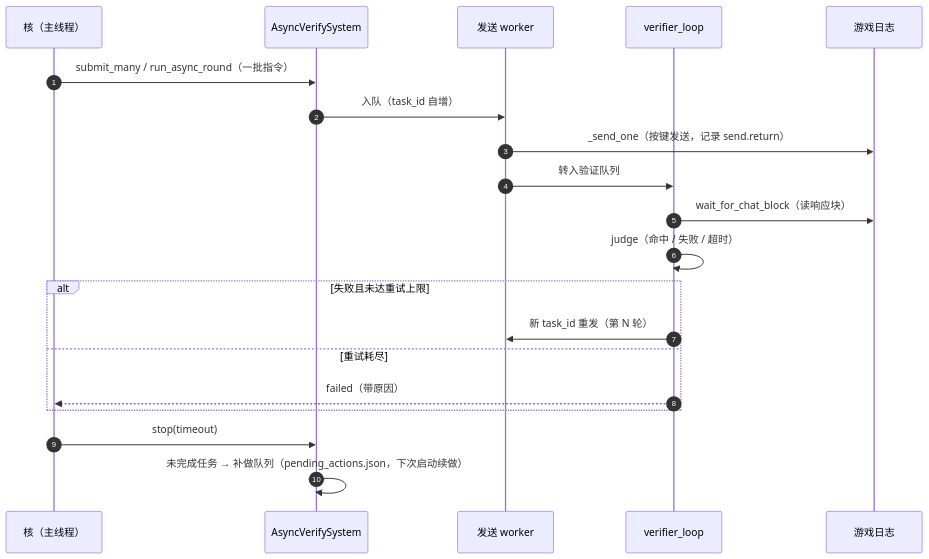
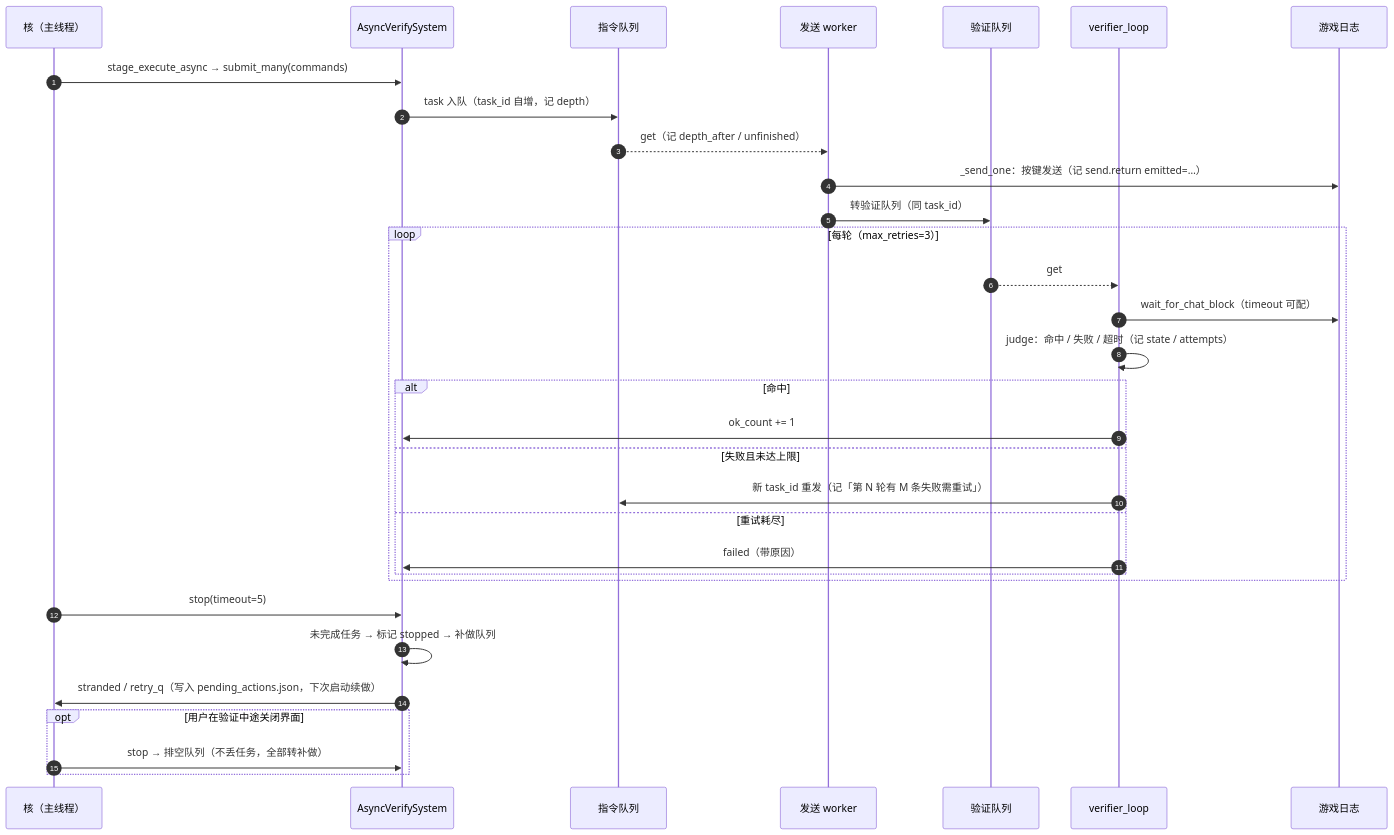
One commit to Minecraft269/bujidao-guild-auto changed the fourth of 11 diagrams in docs/流程与架构图.md. Above: the diagram before and after it, drawn with Mermaid. The commit also changed other lines of this file, not shown here.

First line of the commit message:
docs: 时序图细化到可执行粒度（4 张图 + 阶段对照表） (#21)

````diff
--- a/docs/流程与架构图.md
+++ b/docs/流程与架构图.md
@@ -218,25 +266,38 @@
 ```mermaid
 sequenceDiagram
     autonumber
     participant CORE as 核（主线程）
     participant AS as AsyncVerifySystem
-    participant SEND as 发送 worker
+    participant Q as 指令队列
+    participant W as 发送 worker
+    participant VQ as 验证队列
     participant VER as verifier_loop
     participant LOGF as 游戏日志
 
-    CORE->>AS: submit_many / run_async_round（一批指令）
-    AS->>SEND: 入队（task_id 自增）
-    SEND->>LOGF: _send_one（按键发送，记录 send.return）
-    SEND->>VER: 转入验证队列
-    VER->>LOGF: wait_for_chat_block（读响应块）
-    VER->>VER: judge（命中 / 失败 / 超时）
+    CORE->>AS: stage_execute_async → submit_many(commands)
+    AS->>Q: task 入队（task_id 自增，记 depth）
+    Q-->>W: get（记 depth_after / unfinished）
+    W->>LOGF: _send_one：按键发送（记 send.return emitted=…）
+    W->>VQ: 转验证队列（同 task_id）
 
-    alt 失败且未达重试上限
-        VER->>SEND: 新 task_id 重发（第 N 轮）
-    else 重试耗尽
-        VER-->>CORE: failed（带原因）
+    loop 每轮（max_retries=3）
+        VQ-->>VER: get
+        VER->>LOGF: wait_for_chat_block（timeout 可配）
+        VER->>VER: judge：命中 / 失败 / 超时（记 state / attempts）
+        alt 命中
+            VER->>AS: ok_count += 1
+        else 失败且未达上限
+            VER->>Q: 新 task_id 重发（记「第 N 轮有 M 条失败需重试」）
+        else 重试耗尽
+            VER->>AS: failed（带原因）
+        end
     end
 
-    CORE->>AS: stop(timeout)
-    AS->>AS: 未完成任务 → 补做队列（pending_actions.json，下次启动续做）
+    CORE->>AS: stop(timeout=5)
+    AS->>AS: 未完成任务 → 标记 stopped → 补做队列
+    AS->>CORE: stranded / retry_q（写入 pending_actions.json，下次启动续做）
+
+    opt 用户在验证中途关闭界面
+        CORE->>AS: stop → 排空队列（不丢任务，全部转补做）
+    end
 ```
````
